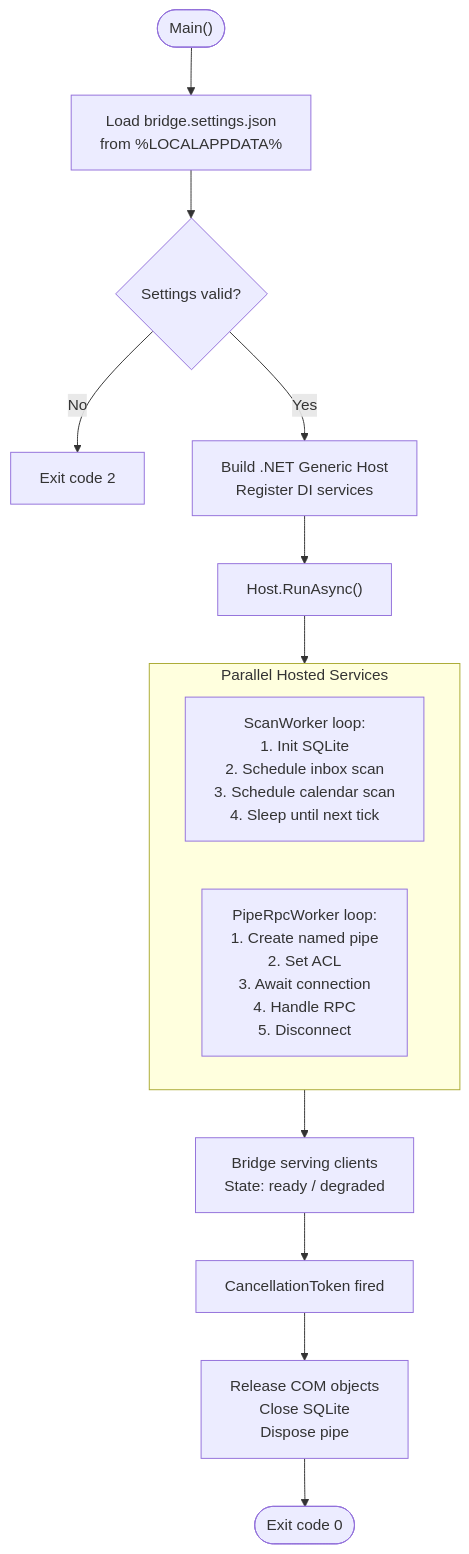
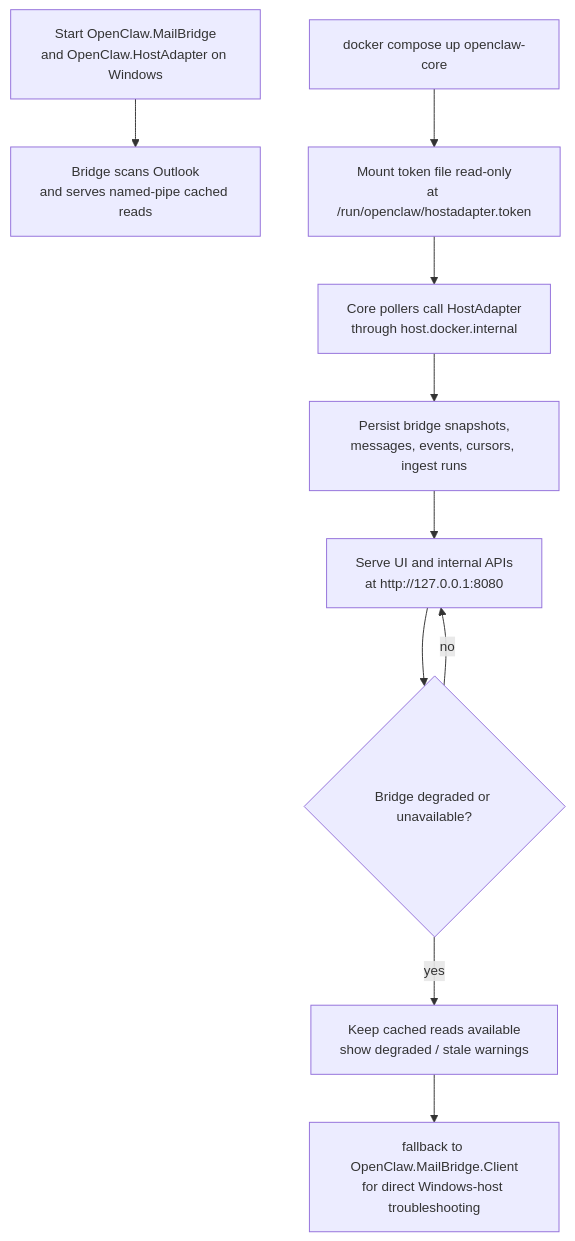
Before and after one commit to drmoisan/open-claw-bridge: diagram 12 of 12 in docs/architecture-diagrams.md, drawn with Mermaid. The commit also changed other lines of this file and 3 other files, not shown here.

````diff
--- a/docs/architecture-diagrams.md
+++ b/docs/architecture-diagrams.md
@@ -313,26 +490,19 @@
 ```mermaid
+%%{init: {"themeVariables": {"fontSize": "14px"}}}%%
 flowchart TB
-    START(["Main()"])
-    LOAD["Load bridge.settings.json<br/>from %LOCALAPPDATA%"]
-    VALIDATE{"Settings valid?"}
-    EXIT2["Exit code 2"]
-    BUILD["Build .NET Generic Host<br/>Register DI services"]
-    RUN["Host.RunAsync()"]
+    HostStart["Start OpenClaw.MailBridge<br/>and OpenClaw.HostAdapter on Windows"]
+    HostReady["Bridge scans Outlook<br/>and serves named-pipe cached reads"]
+    ContainerStart["docker compose up openclaw-core"]
+    TokenMount["Mount token file read-only<br/>at /run/openclaw/hostadapter.token"]
+    Poll["Core pollers call HostAdapter<br/>through host.docker.internal"]
+    Cache["Persist bridge snapshots,<br/>messages, events, cursors, ingest runs"]
+    Serve["Serve UI and internal APIs<br/>at http://127.0.0.1:8080"]
+    Degraded{"Bridge degraded or unavailable?"}
+    Warn["Keep cached reads available<br/>show degraded / stale warnings"]
+    Fallback["fallback to OpenClaw.MailBridge.Client<br/>for direct Windows-host troubleshooting"]
 
-    subgraph Hosted["Parallel Hosted Services"]
-        direction LR
-        SCAN["ScanWorker loop:<br/>1. Init SQLite<br/>2. Schedule inbox scan<br/>3. Schedule calendar scan<br/>4. Sleep until next tick"]
-        PIPE["PipeRpcWorker loop:<br/>1. Create named pipe<br/>2. Set ACL<br/>3. Await connection<br/>4. Handle RPC<br/>5. Disconnect"]
-    end
-
-    SERVE["Bridge serving clients<br/>State: ready / degraded"]
-    STOP["CancellationToken fired"]
-    SHUTDOWN["Release COM objects<br/>Close SQLite<br/>Dispose pipe"]
-    DONE(["Exit code 0"])
-
-    START --> LOAD --> VALIDATE
-    VALIDATE -- No --> EXIT2
-    VALIDATE -- Yes --> BUILD --> RUN --> Hosted
-    Hosted --> SERVE
-    SERVE --> STOP --> SHUTDOWN --> DONE
+    HostStart --> HostReady
+    ContainerStart --> TokenMount --> Poll --> Cache --> Serve --> Degraded
+    Degraded -- "no" --> Serve
+    Degraded -- "yes" --> Warn --> Fallback
 ```
````
